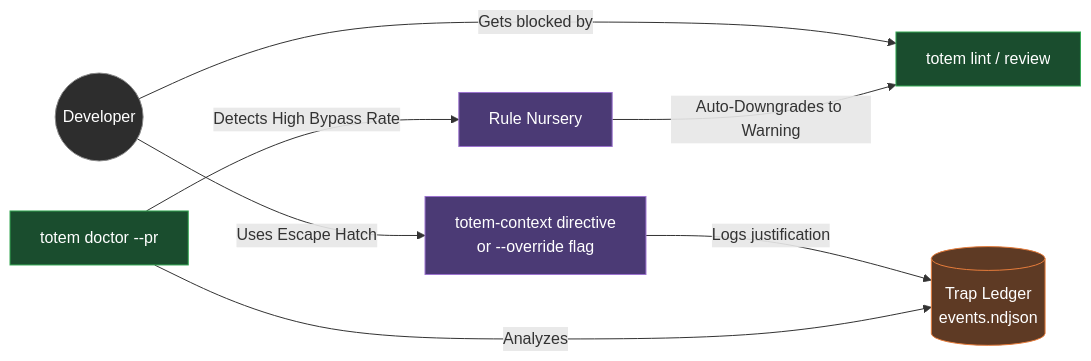
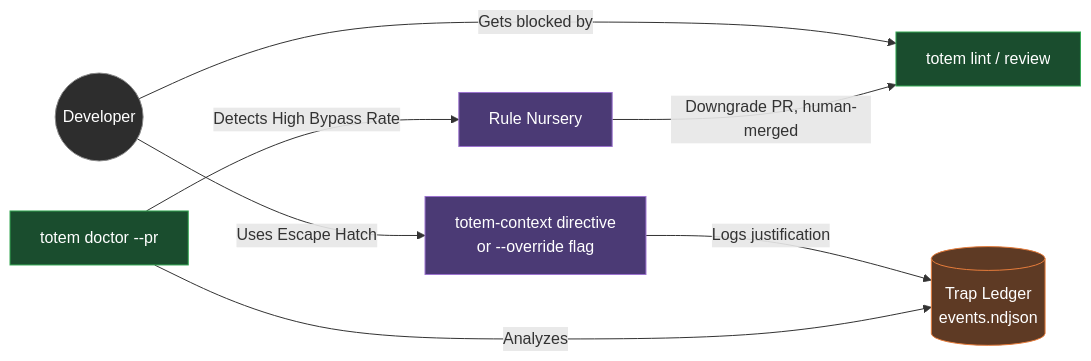
The third of 5 diagrams in docs/reference/architecture.md (mmnto-ai/totem), drawn with Mermaid before and after one commit. The commit also changed other lines of this file and 18 other files, not shown here.

````diff
--- a/docs/reference/architecture.md
+++ b/docs/reference/architecture.md
@@ -86,22 +86,22 @@
 ```mermaid
 graph LR
     %% Styles
     classDef dev fill:#2d2d2d,stroke:#888,color:#fff
     classDef system fill:#1a4d2e,stroke:#34a853,color:#fff
     classDef data fill:#5e3a24,stroke:#e67c3b,color:#fff
     classDef action fill:#4b3a75,stroke:#9b72cf,color:#fff
 
     Developer((Developer)):::dev
     Lint[totem lint / review]:::system
     Override["totem-context directive<br/>or --override flag"]:::action
     Ledger[(Trap Ledger<br/>events.ndjson)]:::data
     Doctor[totem doctor --pr]:::system
     Nursery[Rule Nursery]:::action
 
     Developer -->|Gets blocked by| Lint
     Developer -->|Uses Escape Hatch| Override
     Override -->|Logs justification| Ledger
     Doctor -->|Analyzes| Ledger
     Doctor -->|Detects High Bypass Rate| Nursery
-    Nursery -->|Auto-Downgrades to Warning| Lint
+    Nursery -->|Downgrade PR, human-merged| Lint
 ```
````
